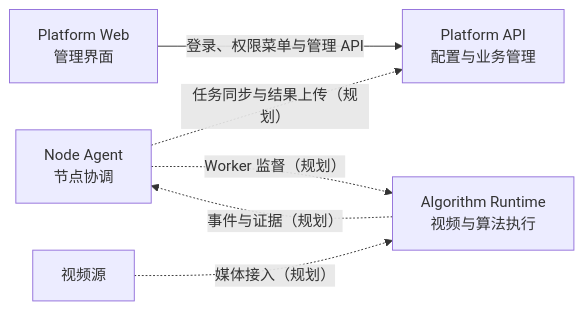
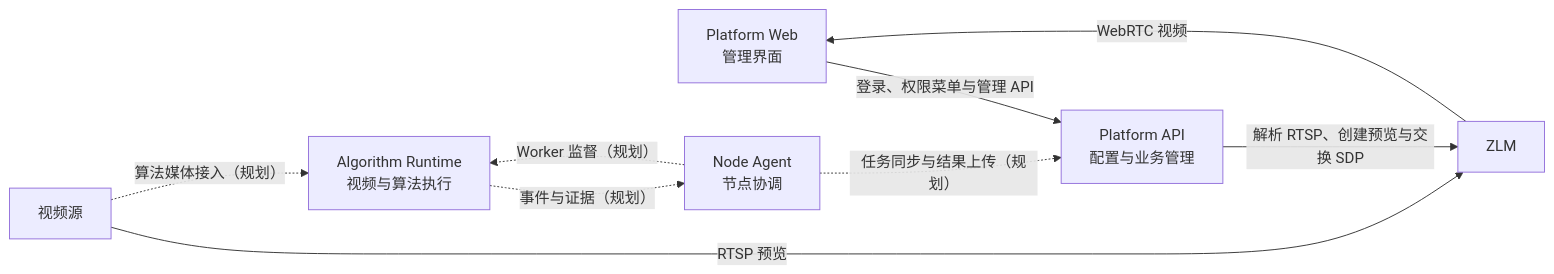
The diagram in README.md (flycodeu/StreamFusion-AI), drawn with Mermaid before and after one commit. The commit also changed other lines of this file and 133 other files, not shown here.

````diff
--- a/README.md
+++ b/README.md
@@ -38,8 +41,11 @@
 ```mermaid
 flowchart LR
     WEB["Platform Web<br/>管理界面"] -->|"登录、权限菜单与管理 API"| API["Platform API<br/>配置与业务管理"]
+    API -->|"解析 RTSP、创建预览与交换 SDP"| ZLM["ZLM"]
+    CAMERA["视频源"] -->|"RTSP 预览"| ZLM
+    ZLM -->|"WebRTC 视频"| WEB
     AGENT["Node Agent<br/>节点协调"] -.->|"任务同步与结果上传（规划）"| API
     AGENT -.->|"Worker 监督（规划）"| RUNTIME["Algorithm Runtime<br/>视频与算法执行"]
-    CAMERA["视频源"] -.->|"媒体接入（规划）"| RUNTIME
+    CAMERA -.->|"算法媒体接入（规划）"| RUNTIME
     RUNTIME -.->|"事件与证据（规划）"| AGENT
 ```
````
